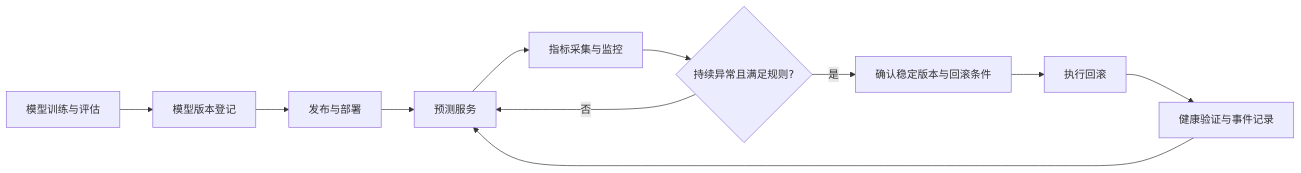
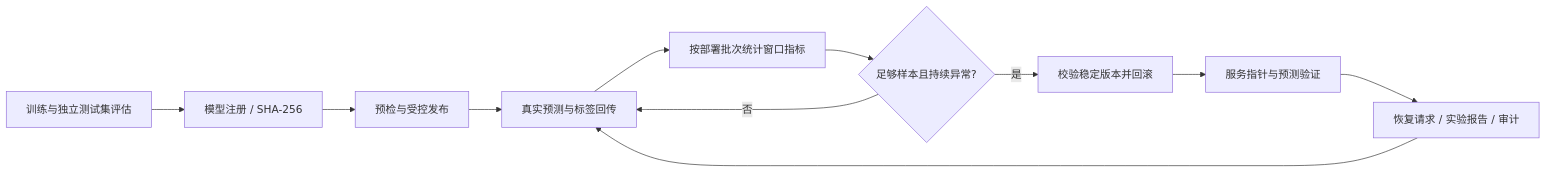
One commit to csar1314/mlops-deployment-monitoring-rollback changed the diagram in README.md. Above: the diagram before and after it, drawn with Mermaid. The commit also changed other lines of this file and 47 other files, not shown here.

````diff
--- a/README.md
+++ b/README.md
@@ -21,13 +48,13 @@
 ```mermaid
 flowchart LR
-    A[模型训练与评估] --> B[模型版本登记]
-    B --> C[发布与部署]
-    C --> D[预测服务]
-    D --> E[指标采集与监控]
-    E --> F{持续异常且满足规则?}
+    A[训练与独立测试集评估] --> B[模型注册 / SHA-256]
+    B --> C[预检与受控发布]
+    C --> D[真实预测与标签回传]
+    D --> E[按部署批次统计窗口指标]
+    E --> F{足够样本且持续异常?}
+    F -->|是| G[校验稳定版本并回滚]
     F -->|否| D
-    F -->|是| G[确认稳定版本与回滚条件]
-    G --> H[执行回滚]
-    H --> I[健康验证与事件记录]
+    G --> H[服务指针与预测验证]
+    H --> I[恢复请求 / 实验报告 / 审计]
     I --> D
 ```
````
